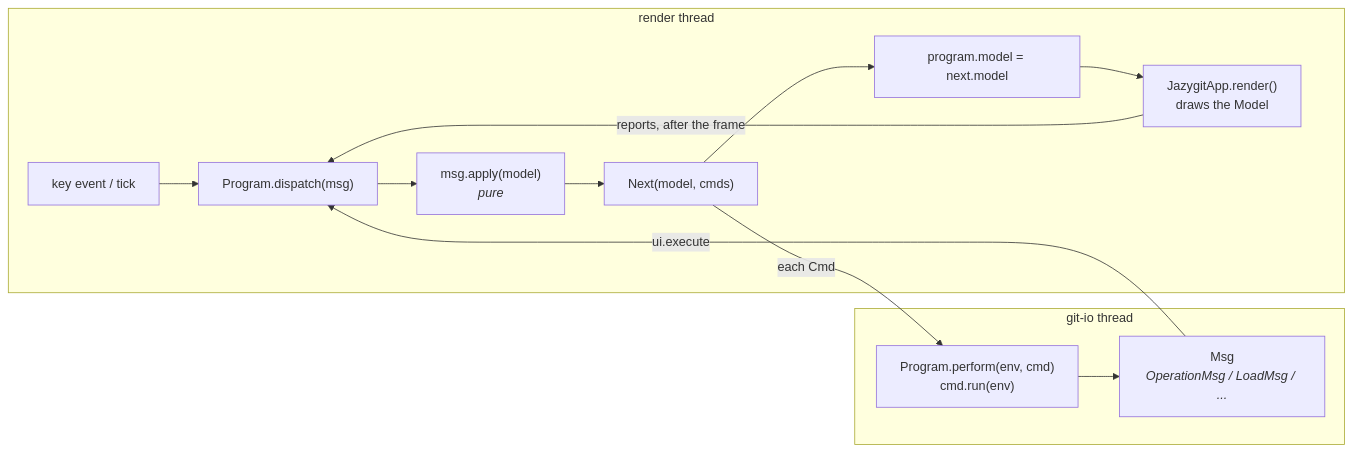
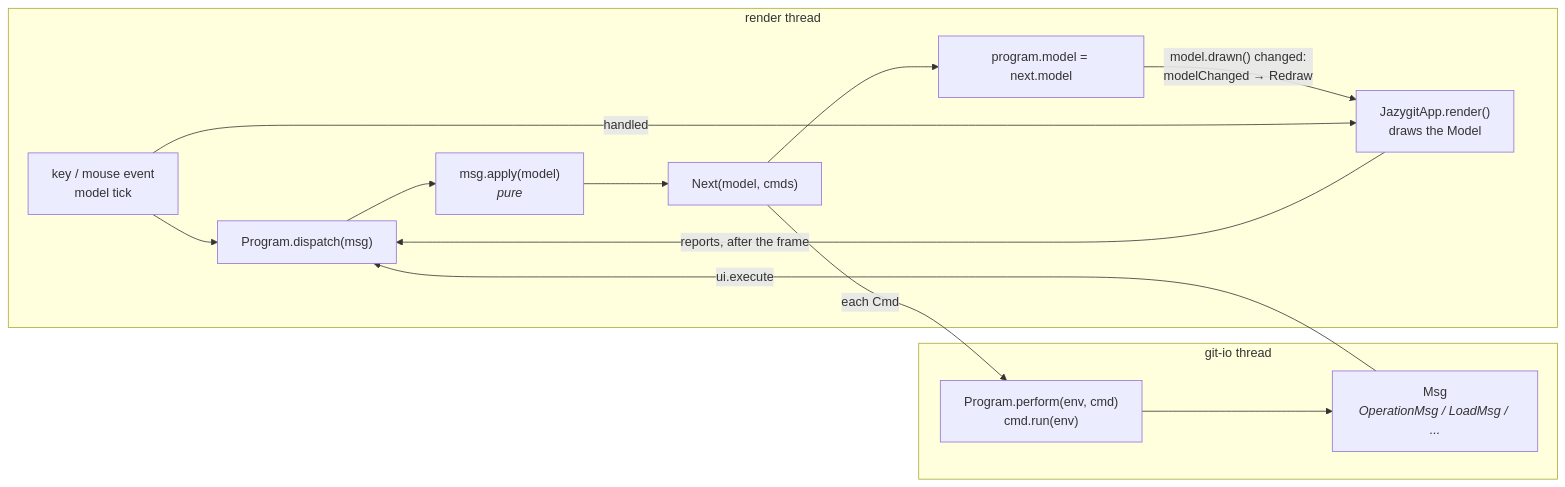
Before and after one commit to cvanfleteren/jazygit: the second of 7 diagrams in ARCHITECTURE.md, drawn with Mermaid. The commit also changed other lines of this file and 2 other files, not shown here.

First line of the commit message:
Address review of #48: docs and redraw tests

````diff
--- a/ARCHITECTURE.md
+++ b/ARCHITECTURE.md
@@ -334,16 +335,17 @@
 ```mermaid
 flowchart LR
     subgraph render["render thread"]
-        Event["key event / tick"] --> Dispatch["Program.dispatch(msg)"]
+        Event["key / mouse event<br/>model tick"] --> Dispatch["Program.dispatch(msg)"]
         Dispatch --> Update["msg.apply(model)<br/><i>pure</i>"]
         Update --> Next["Next(model, cmds)"]
         Next --> Store["program.model = next.model"]
-        Store --> Render["JazygitApp.render()<br/>draws the Model"]
+        Store -- "model.drawn() changed:<br/>modelChanged → Redraw" --> Render["JazygitApp.render()<br/>draws the Model"]
+        Event -- "handled" --> Render
         Render -- "reports, after the frame" --> Dispatch
     end
     subgraph io["git-io thread"]
         Perform["Program.perform(env, cmd)<br/>cmd.run(env)"] --> Result["Msg<br/><i>OperationMsg / LoadMsg / ...</i>"]
     end
     Next -- "each Cmd" --> Perform
     Result -- "ui.execute" --> Dispatch
 ```
````
